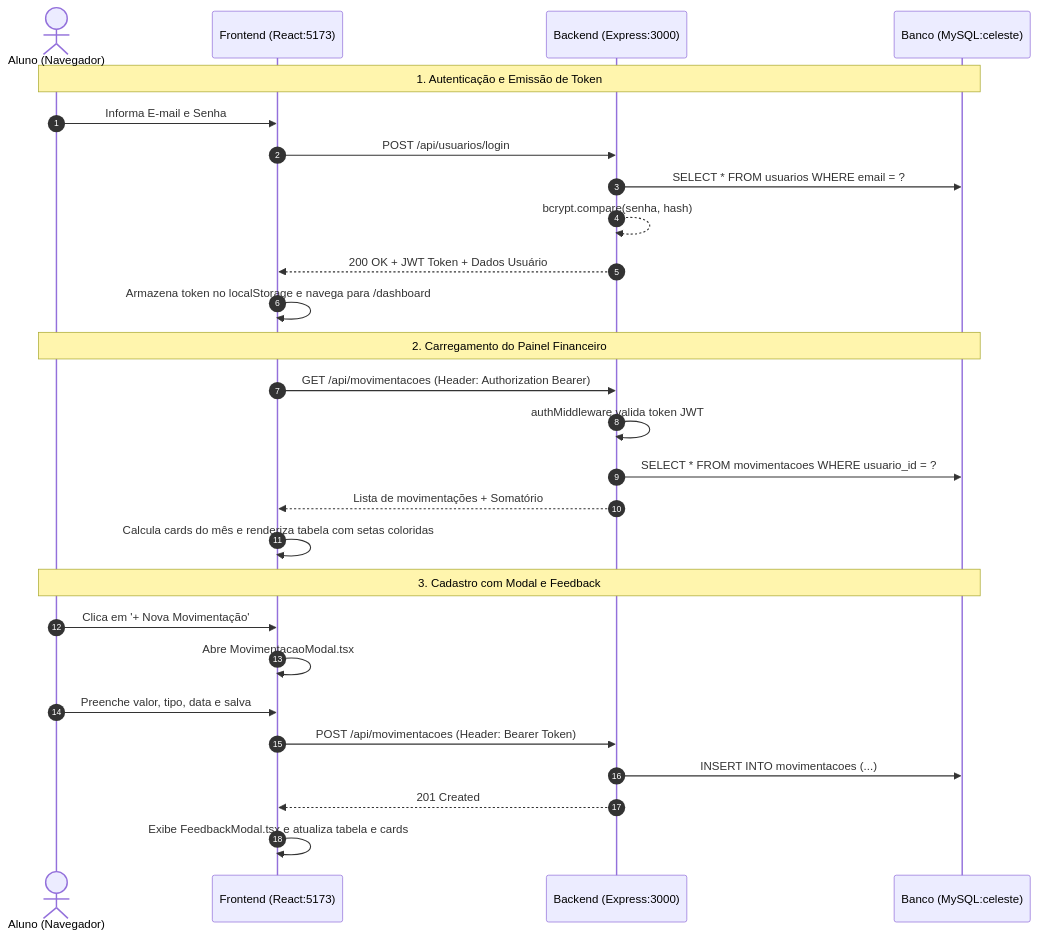
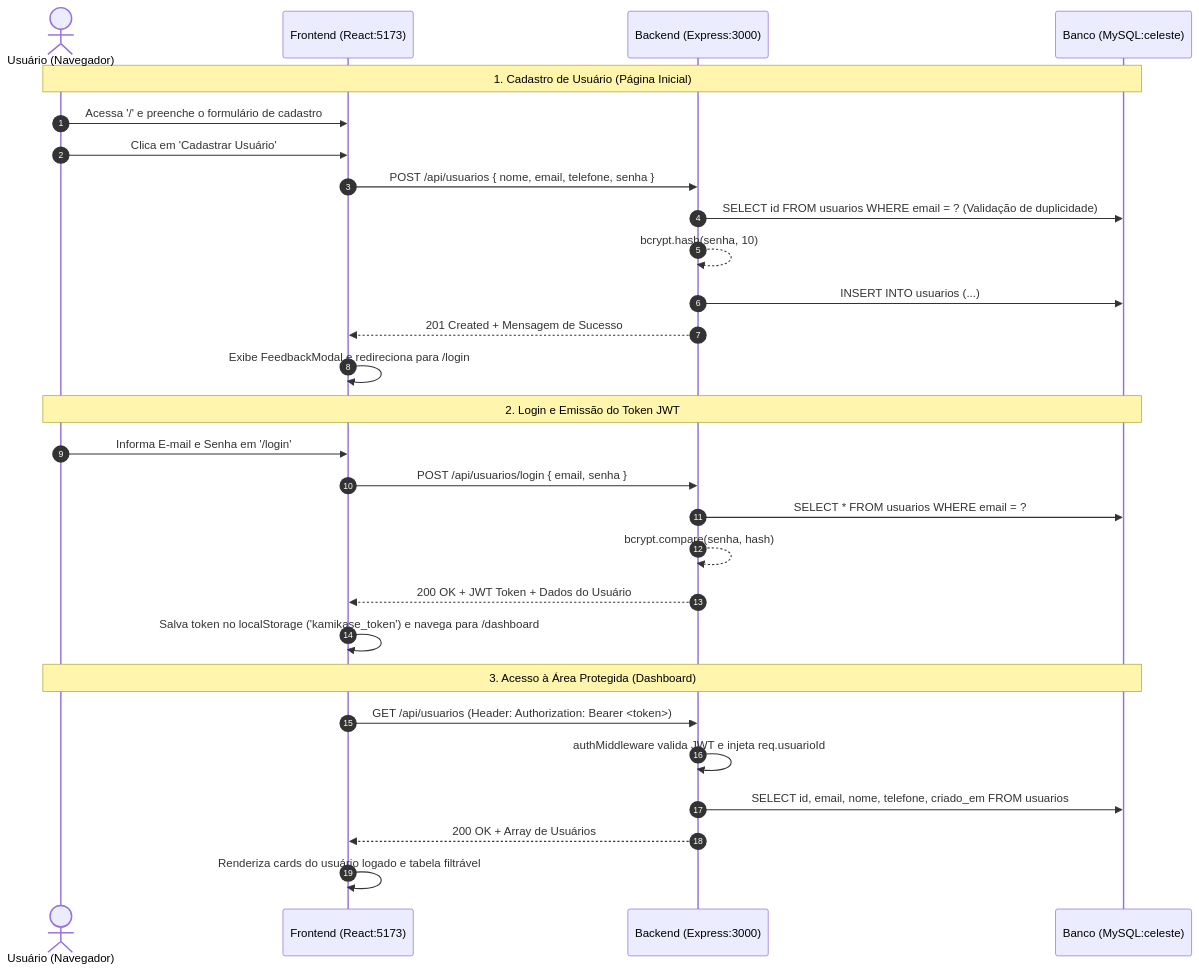
The second of 2 diagrams in README.md (marcelologan/ms2-fullstack-template), drawn with Mermaid before and after one commit. The commit also changed other lines of this file and 16 other files, not shown here.

````diff
--- a/README.md
+++ b/README.md
@@ -261,32 +272,33 @@
 ```mermaid
 sequenceDiagram
     autonumber
-    actor Aluno as Aluno (Navegador)
+    actor Usuario as Usuário (Navegador)
     participant Front as Frontend (React:5173)
     participant Back as Backend (Express:3000)
     participant DB as Banco (MySQL:celeste)
 
-    Note over Aluno,DB: 1. Autenticação e Emissão de Token
-    Aluno->>Front: Informa E-mail e Senha
-    Front->>Back: POST /api/usuarios/login
+    Note over Usuario,DB: 1. Cadastro de Usuário (Página Inicial)
+    Usuario->>Front: Acessa '/' e preenche o formulário de cadastro
+    Usuario->>Front: Clica em 'Cadastrar Usuário'
+    Front->>Back: POST /api/usuarios { nome, email, telefone, senha }
+    Back->>DB: SELECT id FROM usuarios WHERE email = ? (Validação de duplicidade)
+    Back-->>Back: bcrypt.hash(senha, 10)
+    Back->>DB: INSERT INTO usuarios (...)
+    Back-->>Front: 201 Created + Mensagem de Sucesso
+    Front->>Front: Exibe FeedbackModal e redireciona para /login
+
+    Note over Usuario,DB: 2. Login e Emissão do Token JWT
+    Usuario->>Front: Informa E-mail e Senha em '/login'
+    Front->>Back: POST /api/usuarios/login { email, senha }
     Back->>DB: SELECT * FROM usuarios WHERE email = ?
     Back-->>Back: bcrypt.compare(senha, hash)
-    Back-->>Front: 200 OK + JWT Token + Dados Usuário
-    Front->>Front: Armazena token no localStorage e navega para /dashboard
+    Back-->>Front: 200 OK + JWT Token + Dados do Usuário
+    Front->>Front: Salva token no localStorage ('kamikase_token') e navega para /dashboard
 
-    Note over Aluno,DB: 2. Carregamento do Painel Financeiro
-    Front->>Back: GET /api/movimentacoes (Header: Authorization Bearer)
-    Back->>Back: authMiddleware valida token JWT
-    Back->>DB: SELECT * FROM movimentacoes WHERE usuario_id = ?
-    Back-->>Front: Lista de movimentações + Somatório
-    Front->>Front: Calcula cards do mês e renderiza tabela com setas coloridas
-
-    Note over Aluno,DB: 3. Cadastro com Modal e Feedback
-    Aluno->>Front: Clica em '+ Nova Movimentação'
-    Front->>Front: Abre MovimentacaoModal.tsx
-    Aluno->>Front: Preenche valor, tipo, data e salva
-    Front->>Back: POST /api/movimentacoes (Header: Bearer Token)
-    Back->>DB: INSERT INTO movimentacoes (...)
-    Back-->>Front: 201 Created
-    Front->>Front: Exibe FeedbackModal.tsx e atualiza tabela e cards
+    Note over Usuario,DB: 3. Acesso à Área Protegida (Dashboard)
+    Front->>Back: GET /api/usuarios (Header: Authorization: Bearer <token>)
+    Back->>Back: authMiddleware valida JWT e injeta req.usuarioId
+    Back->>DB: SELECT id, email, nome, telefone, criado_em FROM usuarios
+    Back-->>Front: 200 OK + Array de Usuários
+    Front->>Front: Renderiza cards do usuário logado e tabela filtrável
 ```
````
